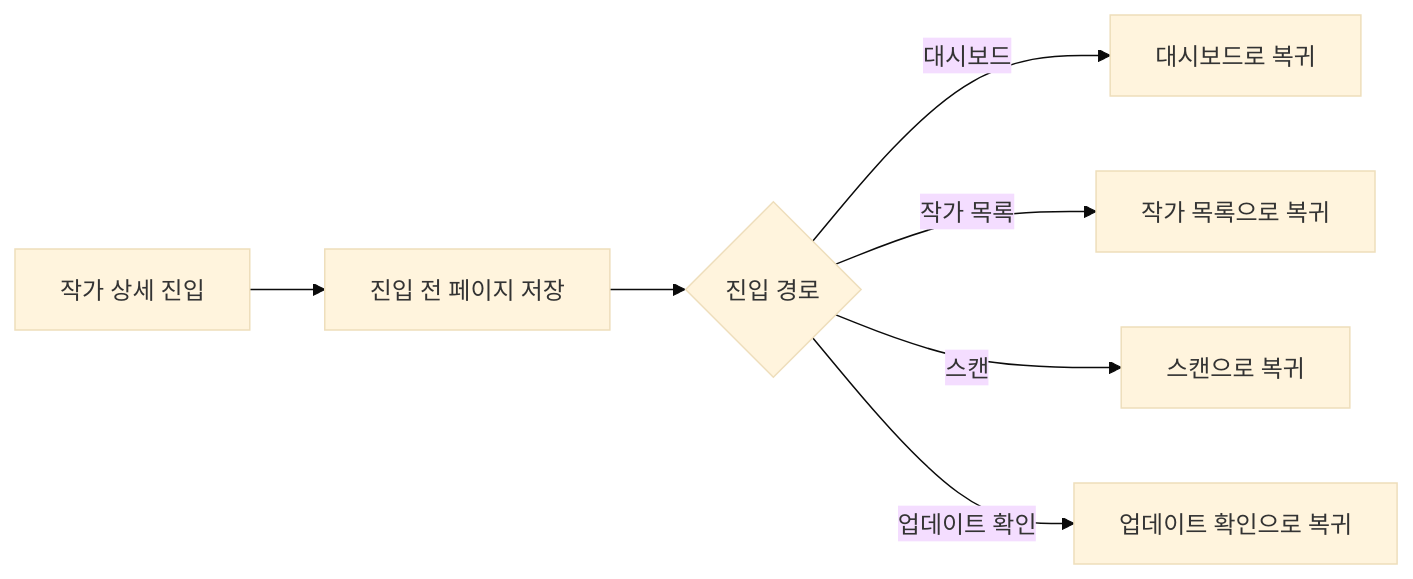
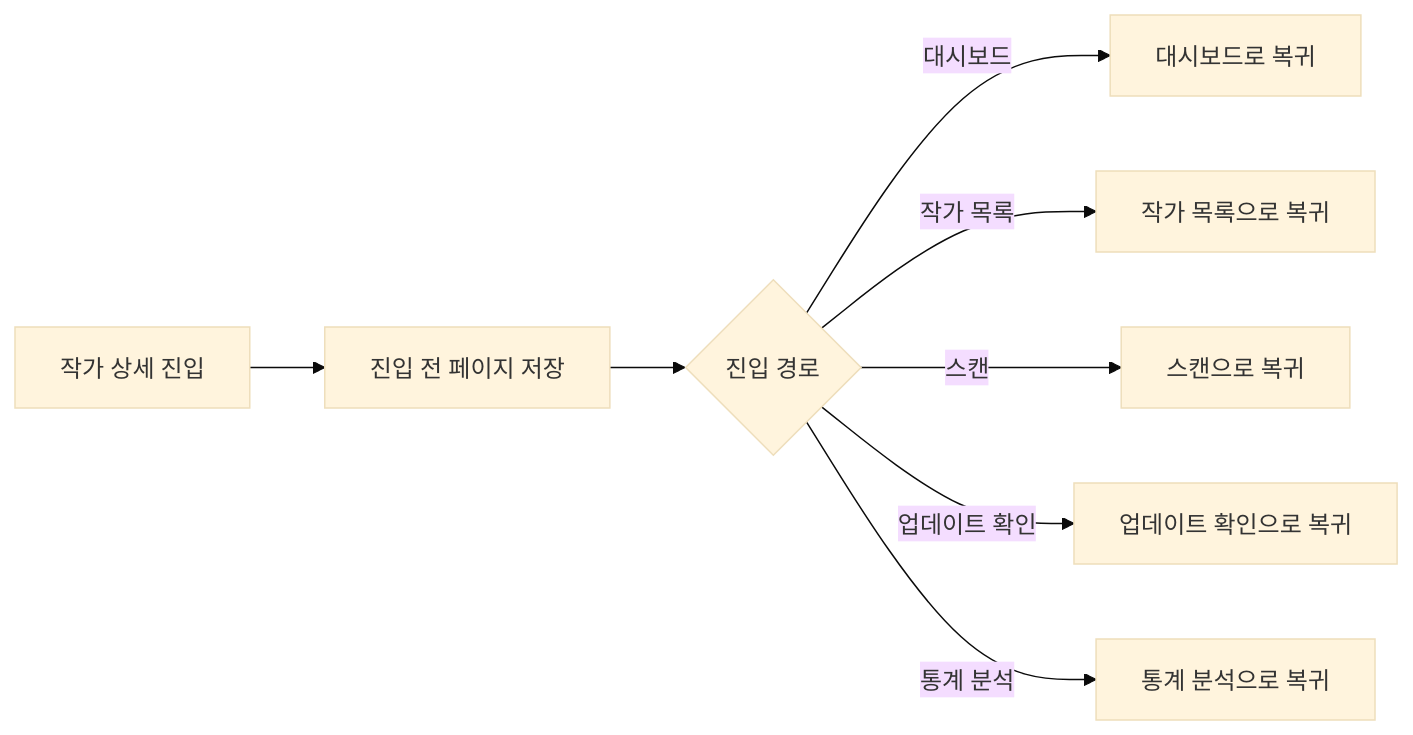
Before and after one commit to PKT0623/PixivLocalManager: the ninth of 36 diagrams in docs/03_SYSTEM_FLOW.md, drawn with Mermaid (base theme). The commit also changed other lines of this file and 9 other files, not shown here.

````diff
--- a/docs/03_SYSTEM_FLOW.md
+++ b/docs/03_SYSTEM_FLOW.md
@@ -220,14 +223,15 @@
 ```mermaid
 flowchart LR
 
 A[작가 상세 진입]
 
 A --> B[진입 전 페이지 저장]
 
 B --> C{진입 경로}
 
 C -->|대시보드| D[대시보드로 복귀]
 C -->|작가 목록| E[작가 목록으로 복귀]
 C -->|스캔| F[스캔으로 복귀]
 C -->|업데이트 확인| G[업데이트 확인으로 복귀]
+C -->|통계 분석| H[통계 분석으로 복귀]
 ```
````
